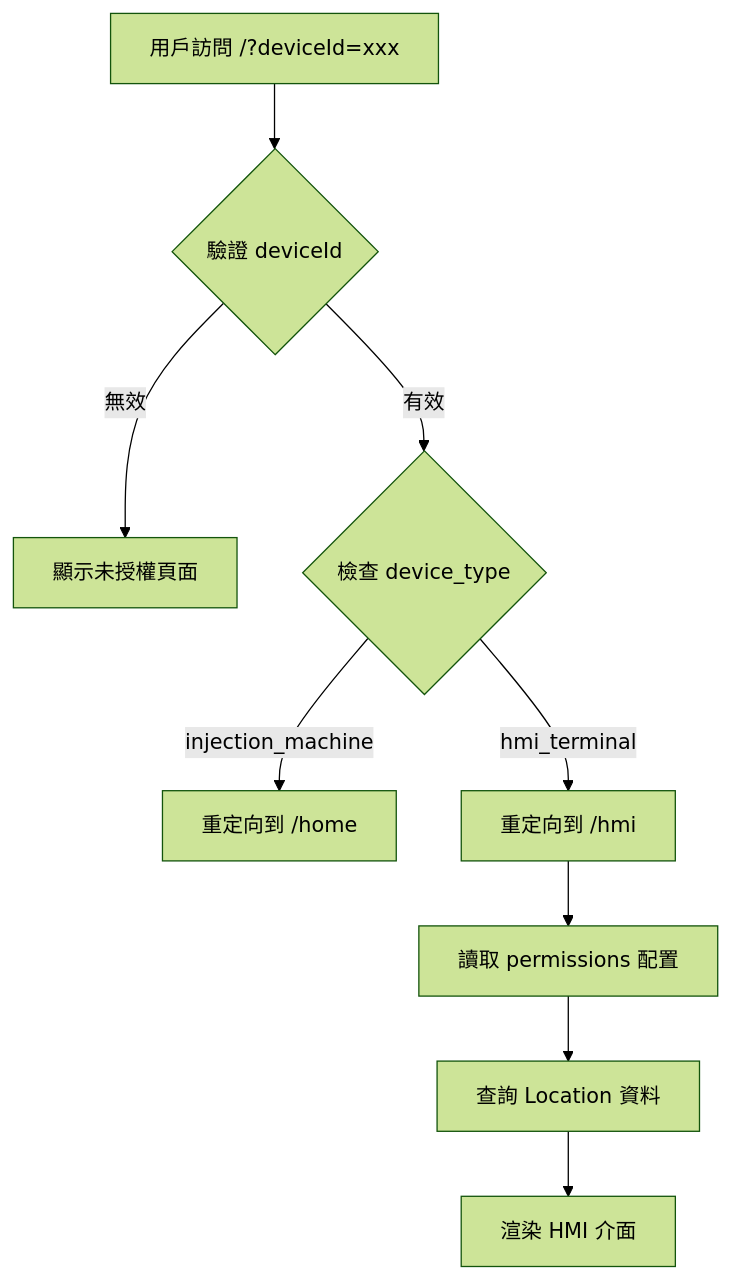
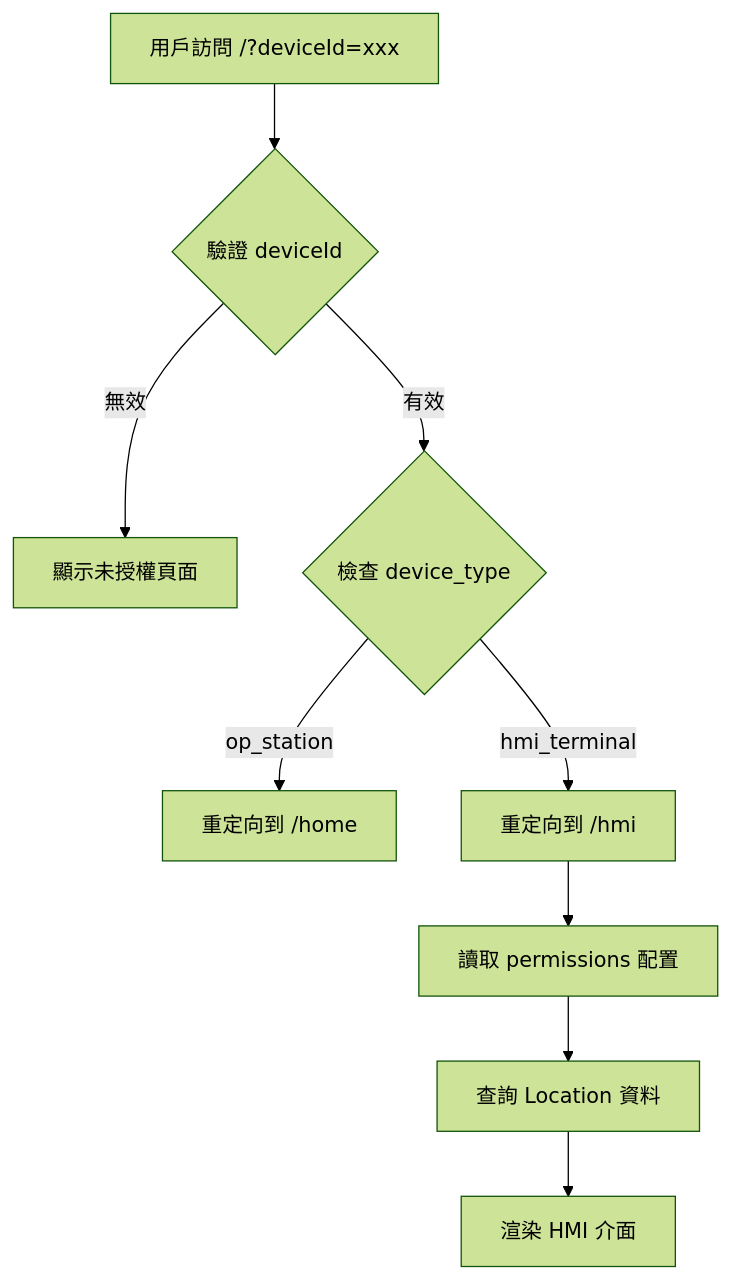
Before and after one commit to AKIFALLY/EBD_agv: the first of 2 diagrams in docs-ai/knowledge/system/hmi-system-design.md, drawn with Mermaid (forest theme). The commit also changed other lines of this file and 3 other files, not shown here.

First line of the commit message:
refactor(opui): rename device_type from injection_machine to op_station

````diff
--- a/docs-ai/knowledge/system/hmi-system-design.md
+++ b/docs-ai/knowledge/system/hmi-system-design.md
@@ -201,11 +201,11 @@
 ```mermaid
 graph TD
     A[用戶訪問 /?deviceId=xxx] --> B{驗證 deviceId}
     B -->|無效| C[顯示未授權頁面]
     B -->|有效| D{檢查 device_type}
-    D -->|injection_machine| E[重定向到 /home]
+    D -->|op_station| E[重定向到 /home]
     D -->|hmi_terminal| F[重定向到 /hmi]
     F --> G[讀取 permissions 配置]
     G --> H[查詢 Location 資料]
     H --> I[渲染 HMI 介面]
 ```
````
